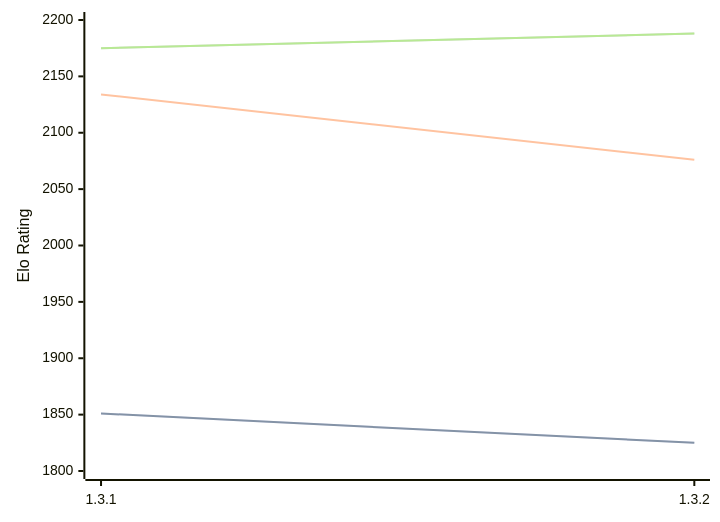
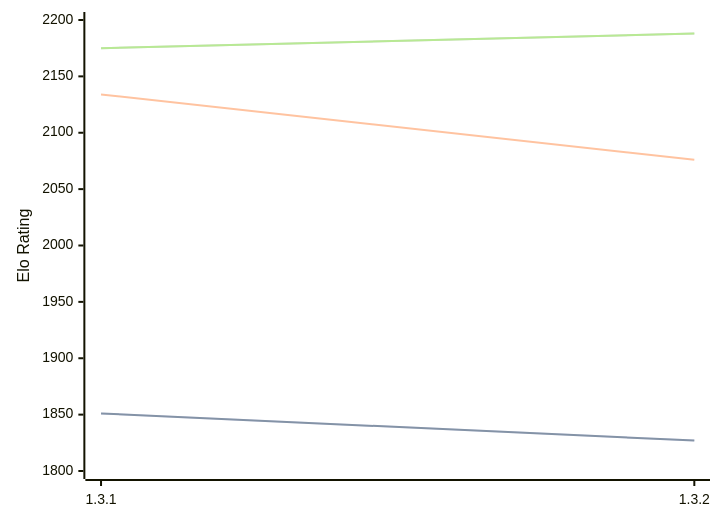
One commit to computer-chess-index/cci changed the first of 3 diagrams in engines/Zugblitz.md. Above: the diagram before and after it, drawn with Mermaid. The commit also changed other lines of this file, not shown here.

````diff
--- a/engines/Zugblitz.md
+++ b/engines/Zugblitz.md
@@ -32,11 +32,11 @@
 ```mermaid
 %%{init: {"theme":"base","themeVariables":{"seriesColors:['#a3a3a3','#222221','#faa371']}}}%%
 xychart-beta
   x-axis ["1.3.1", "1.3.2"]
   y-axis "Elo Rating" 1800 --> 2200
-  line "STC (8.0+0.08s)" [1851, 1825]
-  line "STC (8.0+0.08s)" [1851, 1825]
+  line "STC (8.0+0.08s)" [1851, 1827]
+  line "STC (8.0+0.08s)" [1851, 1827]
   line "LTC (60.0+0.60s)" [2134, 2076]
   line "VLTC (2m24s+1.12s)" [2175, 2188]
   line "VLTC (2m24s+1.12s)" [2175, 2188]
 ```
````
